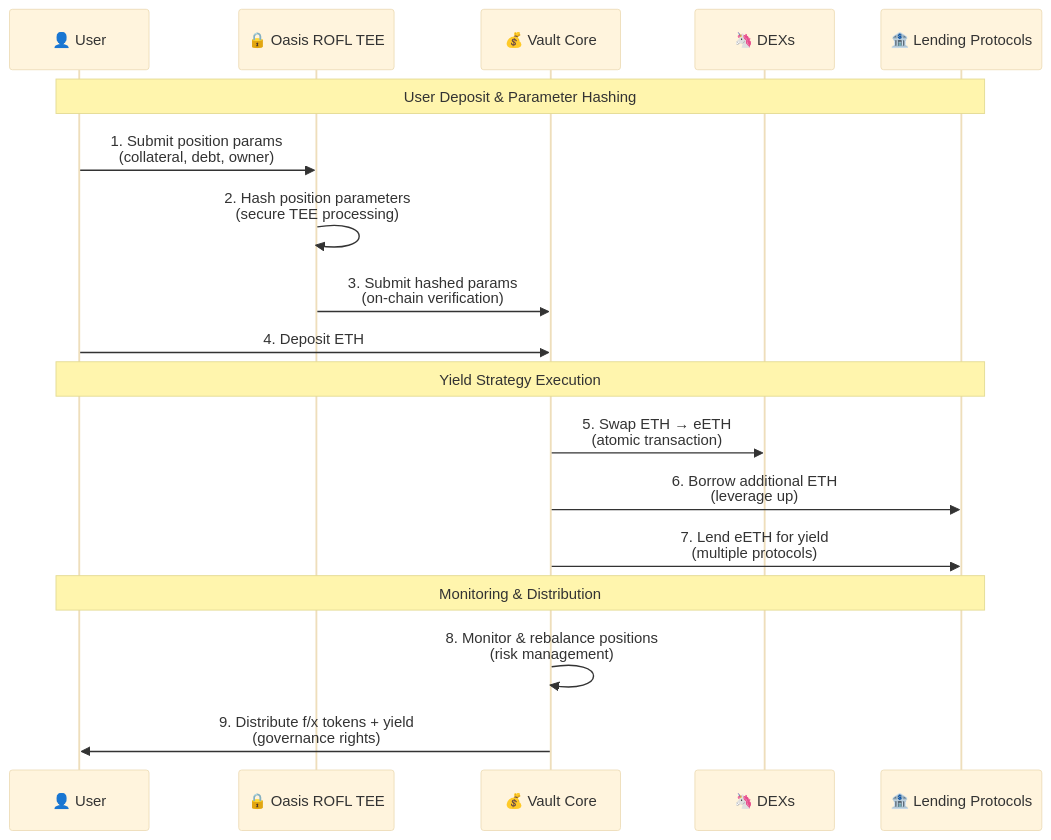
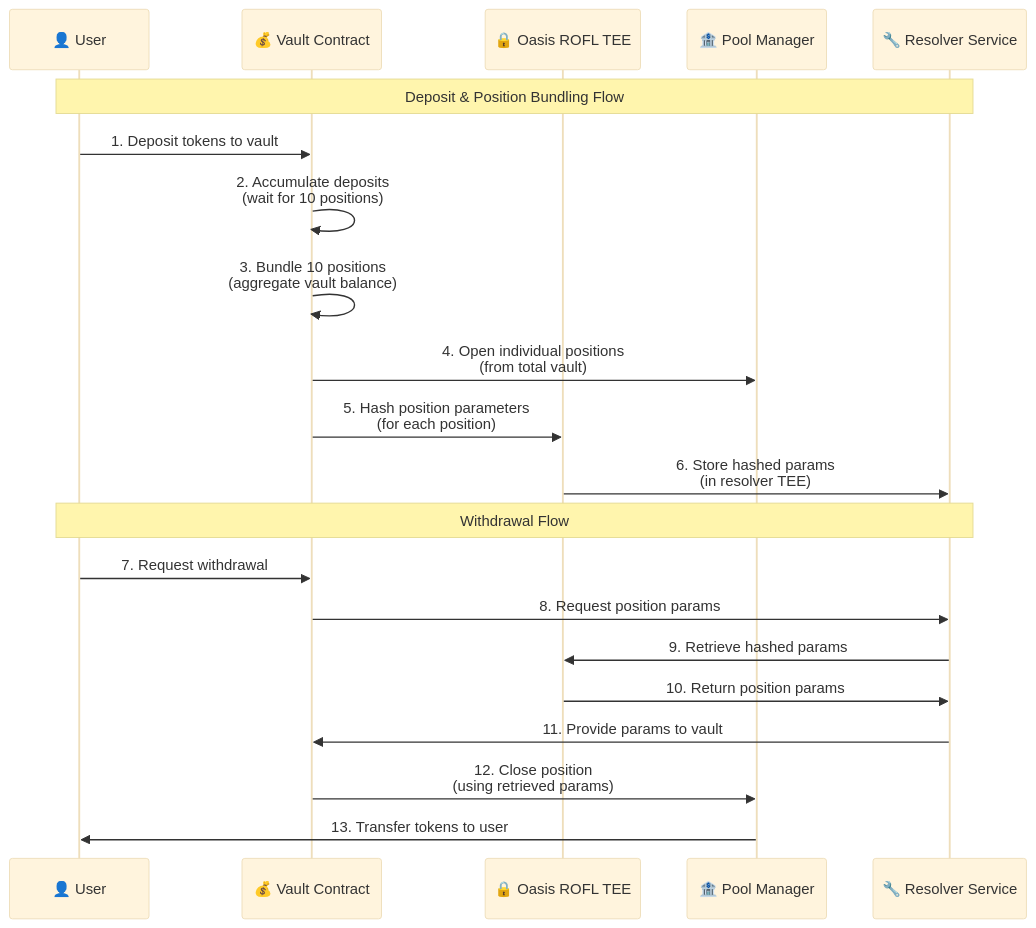
Before and after one commit to arseneeth/shayd: the second of 5 diagrams in notes/shadow-splitter-v2.md, drawn with Mermaid (base theme). The commit also changed other lines of this file and 22 other files, not shown here.

````diff
--- a/notes/shadow-splitter-v2.md
+++ b/notes/shadow-splitter-v2.md
@@ -68,23 +54,25 @@
 ```mermaid
 sequenceDiagram
     participant U as 👤 User
+    participant V as 💰 Vault Contract
     participant T as 🔒 Oasis ROFL TEE
-    participant V as 💰 Vault Core
-    participant D as 🦄 DEXs
-    participant L as 🏦 Lending Protocols
+    participant P as 🏦 Pool Manager
+    participant R as 🔧 Resolver Service
     
-    Note over U,L: User Deposit & Parameter Hashing
-    U->>T: 1. Submit position params<br/>(collateral, debt, owner)
-    T->>T: 2. Hash position parameters<br/>(secure TEE processing)
-    T->>V: 3. Submit hashed params<br/>(on-chain verification)
-    U->>V: 4. Deposit ETH
+    Note over U,R: Deposit & Position Bundling Flow
+    U->>V: 1. Deposit tokens to vault
+    V->>V: 2. Accumulate deposits<br/>(wait for 10 positions)
+    V->>V: 3. Bundle 10 positions<br/>(aggregate vault balance)
+    V->>P: 4. Open individual positions<br/>(from total vault)
+    V->>T: 5. Hash position parameters<br/>(for each position)
+    T->>R: 6. Store hashed params<br/>(in resolver TEE)
     
-    Note over U,L: Yield Strategy Execution
-    V->>D: 5. Swap ETH → eETH<br/>(atomic transaction)
-    V->>L: 6. Borrow additional ETH<br/>(leverage up)
-    V->>L: 7. Lend eETH for yield<br/>(multiple protocols)
-    
-    Note over U,L: Monitoring & Distribution
-    V->>V: 8. Monitor & rebalance positions<br/>(risk management)
-    V->>U: 9. Distribute f/x tokens + yield<br/>(governance rights)
+    Note over U,R: Withdrawal Flow
+    U->>V: 7. Request withdrawal
+    V->>R: 8. Request position params
+    R->>T: 9. Retrieve hashed params
+    T->>R: 10. Return position params
+    R->>V: 11. Provide params to vault
+    V->>P: 12. Close position<br/>(using retrieved params)
+    P->>U: 13. Transfer tokens to user
 ```
````
